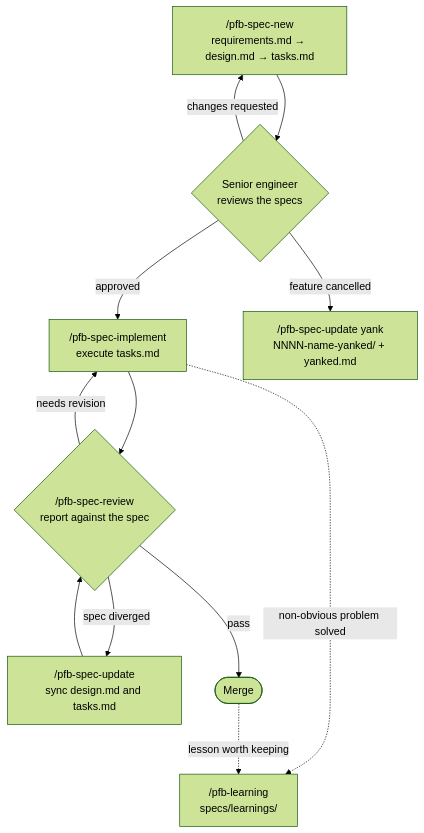
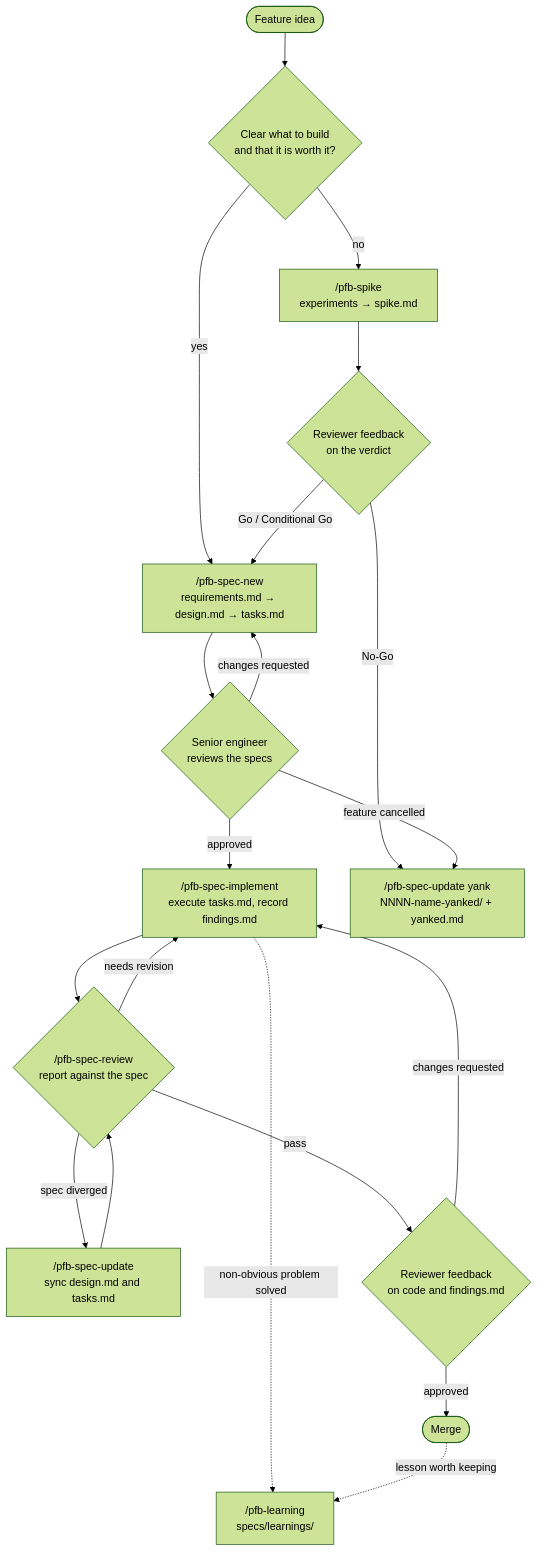
One commit to PeopleForBikes/ai-toolkit changed the diagram in README.md. Above: the diagram before and after it, drawn with Mermaid (forest theme). The commit also changed other lines of this file and 8 other files, not shown here.

First line of the commit message:
Add the pfb-spike skill and record implementation findings

````diff
--- a/README.md
+++ b/README.md
@@ -65,23 +75,36 @@
 ```mermaid
 flowchart TD
+    idea(["Feature idea"])
+    sure{"Clear what to build<br/>and that it is worth it?"}
+    spike["/pfb-spike<br/>experiments → spike.md"]
+    verdict{"Reviewer feedback<br/>on the verdict"}
     new["/pfb-spec-new<br/>requirements.md → design.md → tasks.md"]
     senior{"Senior engineer<br/>reviews the specs"}
-    implement["/pfb-spec-implement<br/>execute tasks.md"]
+    implement["/pfb-spec-implement<br/>execute tasks.md, record findings.md"]
     review{"/pfb-spec-review<br/>report against the spec"}
     update["/pfb-spec-update<br/>sync design.md and tasks.md"]
     yank["/pfb-spec-update yank<br/>NNNN-name-yanked/ + yanked.md"]
     learning["/pfb-learning<br/>specs/learnings/"]
+    final{"Reviewer feedback<br/>on code and findings.md"}
     done(["Merge"])
 
+    idea --> sure
+    sure -- yes --> new
+    sure -- no --> spike
+    spike --> verdict
+    verdict -- Go / Conditional Go --> new
+    verdict -- No-Go --> yank
     new --> senior
     senior -- changes requested --> new
     senior -- approved --> implement
     senior -- feature cancelled --> yank
     implement --> review
     review -- needs revision --> implement
     review -- spec diverged --> update
     update --> review
-    review -- pass --> done
+    review -- pass --> final
+    final -- changes requested --> implement
+    final -- approved --> done
     implement -. non-obvious problem solved .-> learning
     done -. lesson worth keeping .-> learning
 ```
````
